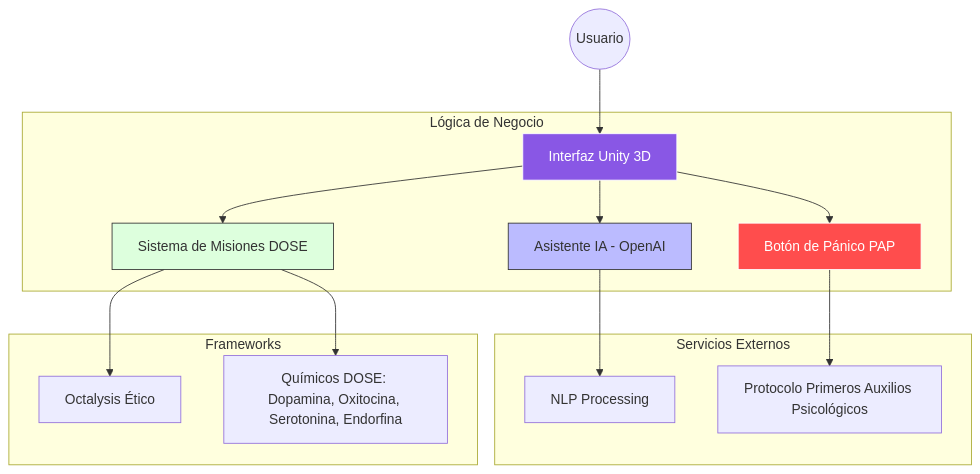
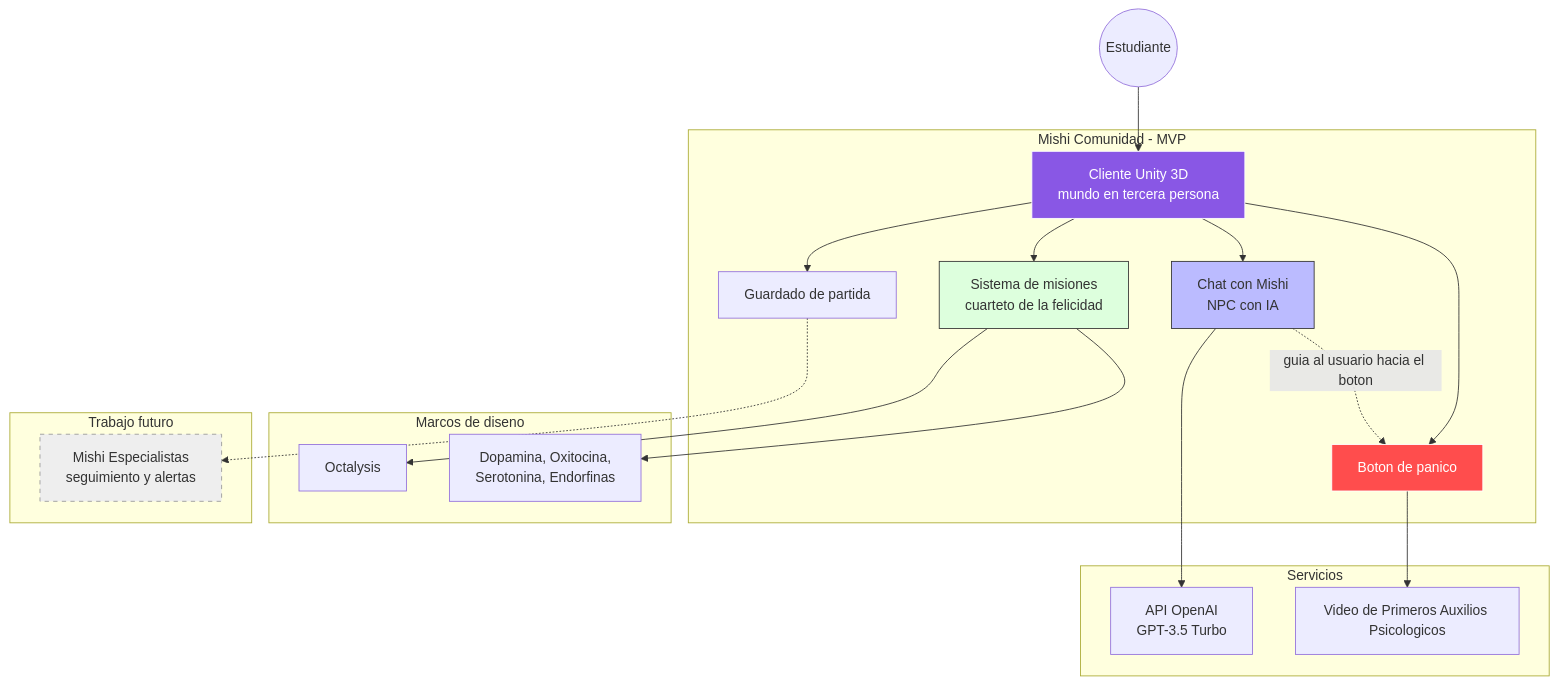
The diagram in README.md (KaledSML/Mishi-HealthTech-App), drawn with Mermaid before and after one commit. The commit also changed other lines of this file, not shown here.

````diff
--- a/README.md
+++ b/README.md
@@ -36,25 +134,34 @@
 ```mermaid
 graph TB
-    User((Usuario)) --> UI[Interfaz Unity 3D]
+    User((Estudiante)) --> UI["Cliente Unity 3D<br/>mundo en tercera persona"]
 
-    subgraph Modulos_Core[Lógica de Negocio]
-        UI --> AI[Asistente IA - OpenAI]
-        UI --> Missions[Sistema de Misiones DOSE]
-        UI --> Panic[Botón de Pánico PAP]
+    subgraph Mishi_Comunidad["Mishi Comunidad - MVP"]
+        UI --> Chat["Chat con Mishi<br/>NPC con IA"]
+        UI --> Missions["Sistema de misiones<br/>cuarteto de la felicidad"]
+        UI --> Panic["Boton de panico"]
+        UI --> Save["Guardado de partida"]
     end
 
-    subgraph Backend_Services[Servicios Externos]
-        AI --> NLP[NLP Processing]
-        Panic --> Video[Protocolo Primeros Auxilios Psicológicos]
+    subgraph Servicios["Servicios"]
+        Chat --> OpenAI["API OpenAI<br/>GPT-3.5 Turbo"]
+        Panic --> PAP["Video de Primeros Auxilios Psicologicos"]
+        Chat -. "guia al usuario hacia el boton" .-> Panic
     end
 
-    subgraph Validacion_Cientifica[Frameworks]
-        Missions --> Oct[Octalysis Ético]
-        Missions --> Neuro[Químicos DOSE: Dopamina, Oxitocina, Serotonina, Endorfina]
+    subgraph Diseno["Marcos de diseno"]
+        Missions --> Oct["Octalysis"]
+        Missions --> DOSE["Dopamina, Oxitocina,<br/>Serotonina, Endorfinas"]
     end
 
+    subgraph Futuro["Trabajo futuro"]
+        Esp["Mishi Especialistas<br/>seguimiento y alertas"]
+    end
+
+    Save -.-> Esp
+
     style Panic fill:#ff4d4d,stroke:#fff,color:#fff
-    style AI fill:#bbf,stroke:#333
+    style Chat fill:#bbf,stroke:#333
     style Missions fill:#dfd,stroke:#333
     style UI fill:#8957e5,stroke:#fff,color:#fff
+    style Esp fill:#eee,stroke:#999,stroke-dasharray: 5 5
 ```
````
